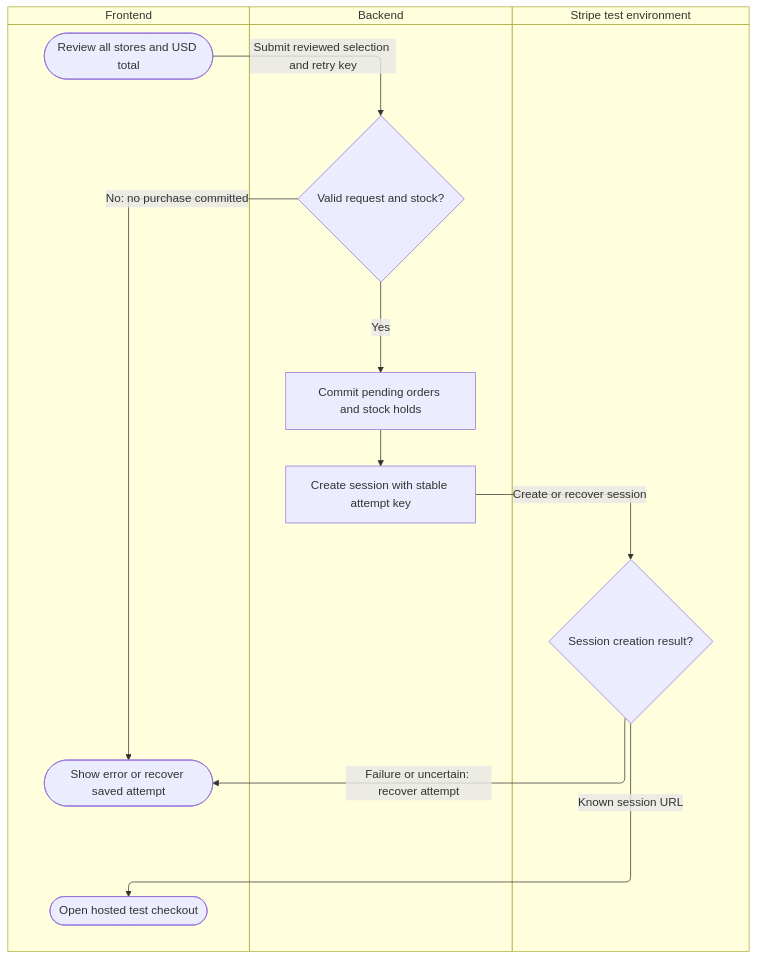
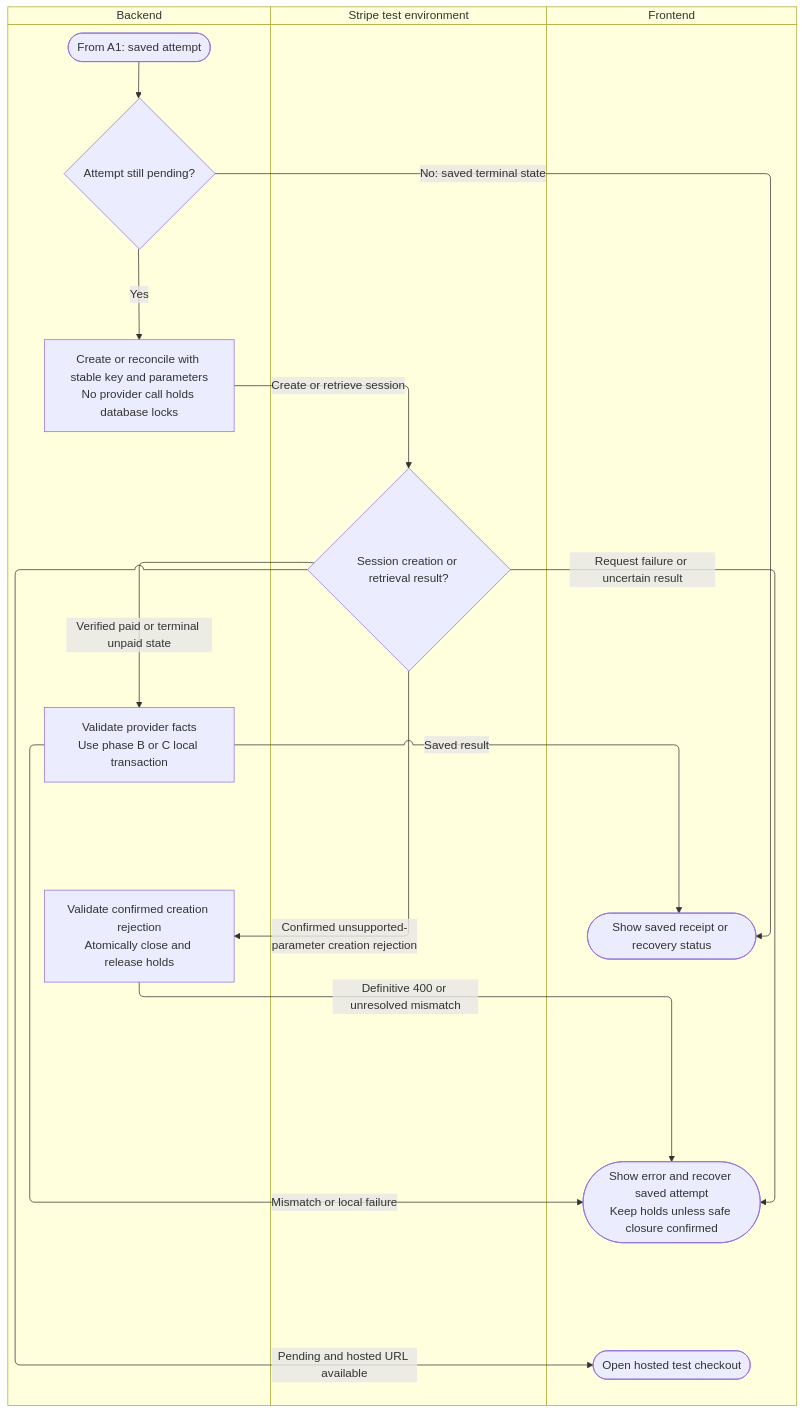
Before and after one commit to RHILIUS/E-Commerce-Docs: the second of 5 diagrams in diagrams/specific-business-processes/checkout/demo-online-checkout.md, drawn with Mermaid. The commit also changed other lines of this file and 21 other files, not shown here.

````diff
--- a/diagrams/specific-business-processes/checkout/demo-online-checkout.md
+++ b/diagrams/specific-business-processes/checkout/demo-online-checkout.md
@@ -59,22 +88,29 @@
 ```mermaid
 swimlane-beta TB
-  subgraph A_UI["Frontend"]
-    A_start(["Review all stores and USD total"])
-    A_error(["Show error or recover saved attempt"])
-    A_pay(["Open hosted test checkout"])
+  subgraph A2_API["Backend"]
+    A2_start(["From A1: saved attempt"])
+    A2_pending{"Attempt still pending?"}
+    A2_session["Create or reconcile with stable key and parameters<br/>No provider call holds database locks"]
+    A2_apply["Validate provider facts<br/>Use phase B or C local transaction"]
+    A2_close["Validate confirmed creation rejection<br/>Atomically close and release holds"]
+    A2_start --> A2_pending
+    A2_pending -->|Yes| A2_session
   end
-  subgraph A_API["Backend"]
-    A_check{"Valid request and stock?"}
-    A_save["Commit pending orders and stock holds"]
-    A_session["Create session with stable attempt key"]
-    A_check -->|Yes| A_save --> A_session
+  subgraph A2_STRIPE["Stripe test environment"]
+    A2_result{"Session creation or retrieval result?"}
   end
-  subgraph A_STRIPE["Stripe test environment"]
-    A_create{"Session creation result?"}
+  subgraph A2_UI["Frontend"]
+    A2_pay(["Open hosted test checkout"])
+    A2_status(["Show saved receipt or recovery status"])
+    A2_error(["Show error and recover saved attempt<br/>Keep holds unless safe closure confirmed"])
   end
-  A_start -->|Submit reviewed selection and retry key| A_check
-  A_check -->|No: no purchase committed| A_error
-  A_session -->|Create or recover session| A_create
-  A_create -->|Known session URL| A_pay
-  A_create -->|Failure or uncertain: recover attempt| A_error
+  A2_pending -->|No: saved terminal state| A2_status
+  A2_session -->|Create or retrieve session| A2_result
+  A2_result -->|Pending and hosted URL available| A2_pay
+  A2_result -->|Verified paid or terminal unpaid state| A2_apply
+  A2_apply -->|Saved result| A2_status
+  A2_apply -->|Mismatch or local failure| A2_error
+  A2_result -->|Confirmed unsupported-parameter creation rejection| A2_close
+  A2_close -->|Definitive 400 or unresolved mismatch| A2_error
+  A2_result -->|Request failure or uncertain result| A2_error
 ```
````
